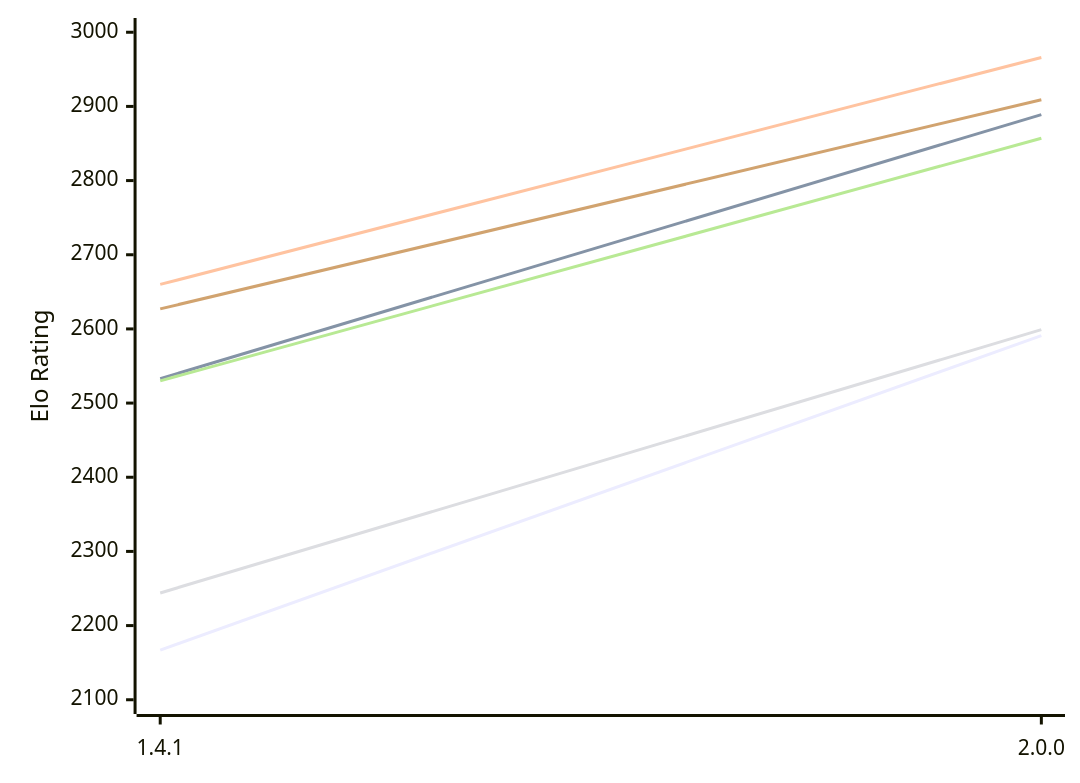
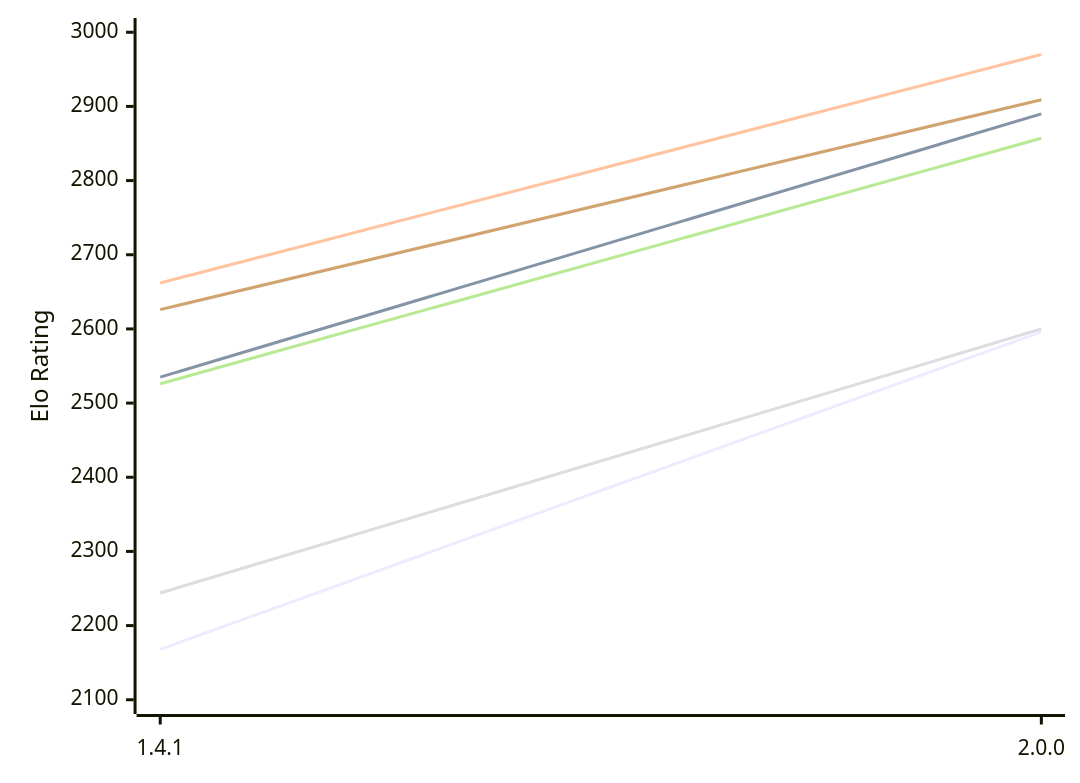
The first of 2 diagrams in engines/Chal.md (computer-chess-index/cci), drawn with Mermaid before and after one commit. The commit also changed other lines of this file, not shown here.

Commit message:
Update CCI Ratings (ELO VLTC) - 2026-11-22

````diff
--- a/engines/Chal.md
+++ b/engines/Chal.md
@@ -55,12 +55,12 @@
 ```mermaid
 %%{init: {"theme":"base","themeVariables":{"seriesColors:['#a3a3a3','#222221','#faa371']}}}%%
 xychart-beta
   x-axis ["1.4.1", "2.0.0"]
   y-axis "Elo Rating" 2100 --> 3000
-  line "E1: STC (8.0+0.08s)" [2167, 2591]
-  line "E1: LTC (60.0+0.60s)" [2533, 2889]
-  line "E1: VLTC (2m24s+1.12s)" [2660, 2966]
-  line "P1: STC (8.0+0.08s)" [2244, 2599]
-  line "P1: LTC (60.0+0.60s)" [2530, 2857]
-  line "P1: VLTC (2m24s+1.12s)" [2627, 2909]
+  line "E1: STC (8.0+0.08s)" [2168, 2596]
+  line "E1: LTC (60.0+0.60s)" [2535, 2890]
+  line "E1: VLTC (2m24s+1.12s)" [2662, 2970]
+  line "P1: STC (8.0+0.08s)" [2244, 2600]
+  line "P1: LTC (60.0+0.60s)" [2526, 2857]
+  line "P1: VLTC (2m24s+1.12s)" [2626, 2909]
 ```
````
